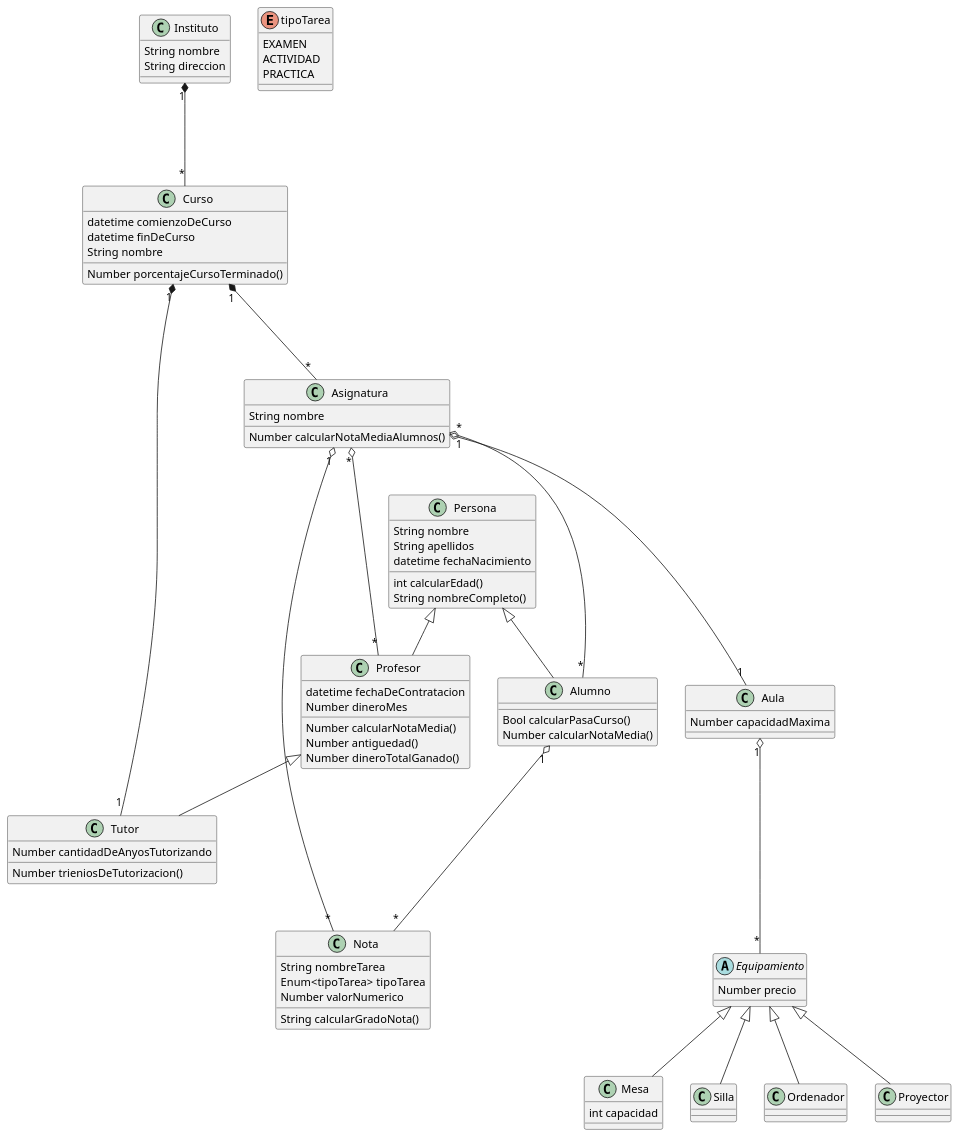
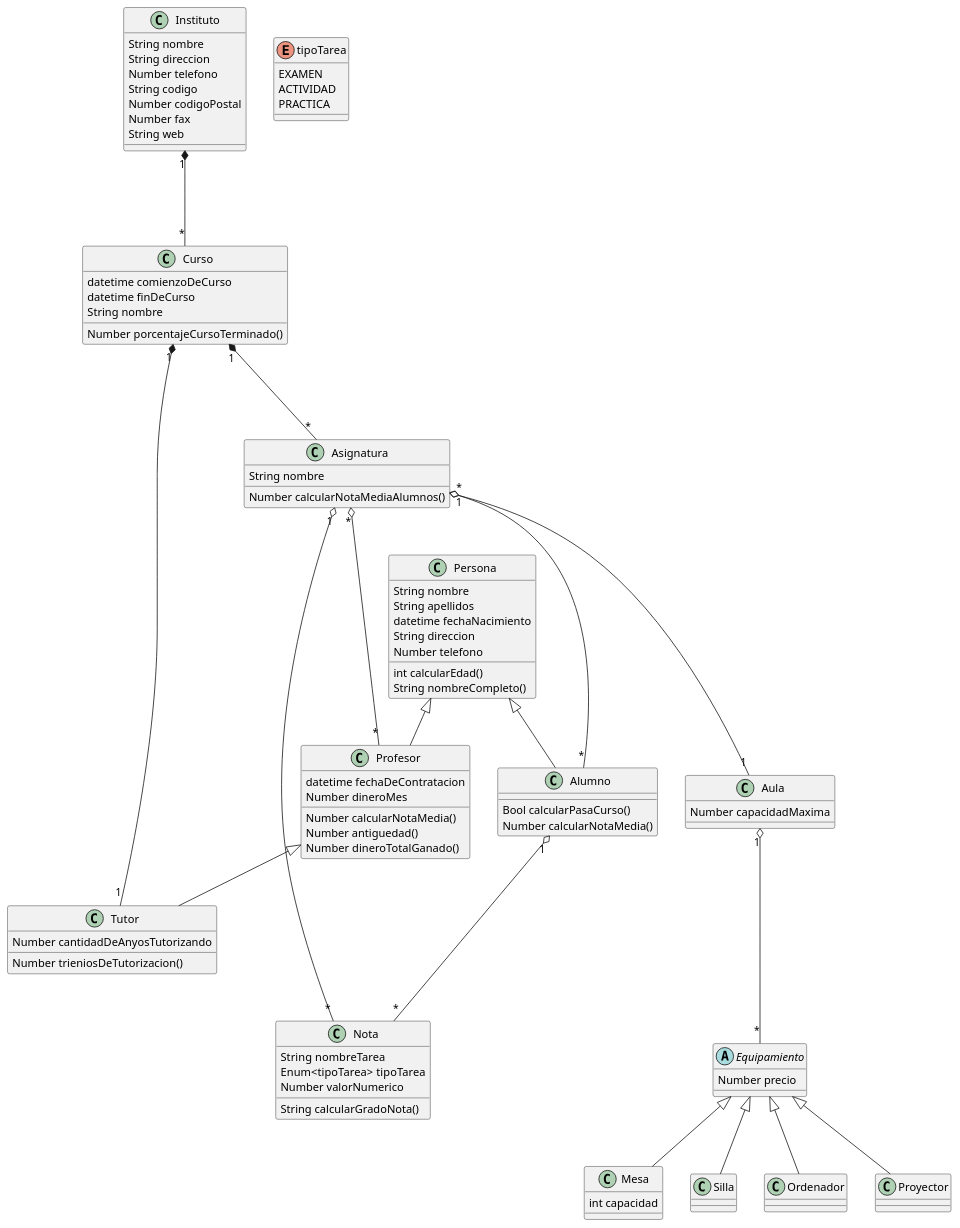
Before and after one commit to manelme/alandalus_pyc2: the diagram in uml/DiagramaClases.puml, drawn with PlantUML. The commit also changed 1 other file, not shown here.

```diff
--- a/uml/DiagramaClases.puml
+++ b/uml/DiagramaClases.puml
@@ -1,82 +1,89 @@
 @startuml DiagramaClases
 
 Instituto "1" *--- "*" Curso
 Curso "1" *--- "*" Asignatura
 Curso  "1" *--- "1" Tutor
 Asignatura "*" o--- "*" Profesor
 Asignatura "*" o--- "*" Alumno
 Asignatura "1" o--- "1" Aula
 Aula "1" o--- "*" Equipamiento
 Alumno "1" o--- "*" Nota
 Asignatura "1" o--- "*" Nota
 
 Persona <|-- Profesor
 Persona <|-- Alumno
 Profesor <|-- Tutor
 Equipamiento <|-- Mesa
 Equipamiento <|-- Silla
 Equipamiento <|-- Ordenador
 Equipamiento <|-- Proyector
 
 
 class Persona {
     String nombre
     String apellidos
     datetime fechaNacimiento
+    String direccion
+    Number telefono
     int calcularEdad()
     String nombreCompleto()
 }
 class Alumno {
     Bool calcularPasaCurso()
     Number calcularNotaMedia()
 }
 class Profesor {
     datetime fechaDeContratacion
     Number dineroMes
     Number calcularNotaMedia()
     Number antiguedad()
     Number dineroTotalGanado()
 }
 class Tutor {
     Number cantidadDeAnyosTutorizando
     Number trieniosDeTutorizacion()
 }
 class Instituto {
     String nombre
     String direccion
+    Number telefono
+    String codigo
+    Number codigoPostal
+    Number fax
+    String web
 }
 class Asignatura {
     String nombre
     Number calcularNotaMediaAlumnos()
 }
 class Curso {
     datetime comienzoDeCurso
     datetime finDeCurso
     String nombre
     Number porcentajeCursoTerminado()
 }
 class Aula {
     Number capacidadMaxima
     
 }
 class Nota {
     String nombreTarea
     Enum<tipoTarea> tipoTarea
     Number valorNumerico
     String calcularGradoNota()
 }
 enum tipoTarea {
   EXAMEN
   ACTIVIDAD
   PRACTICA
 }
 abstract Equipamiento {
     Number precio
 }
 class Mesa{
     int capacidad
 }
 class Silla{
 
 }
 @enduml
```
